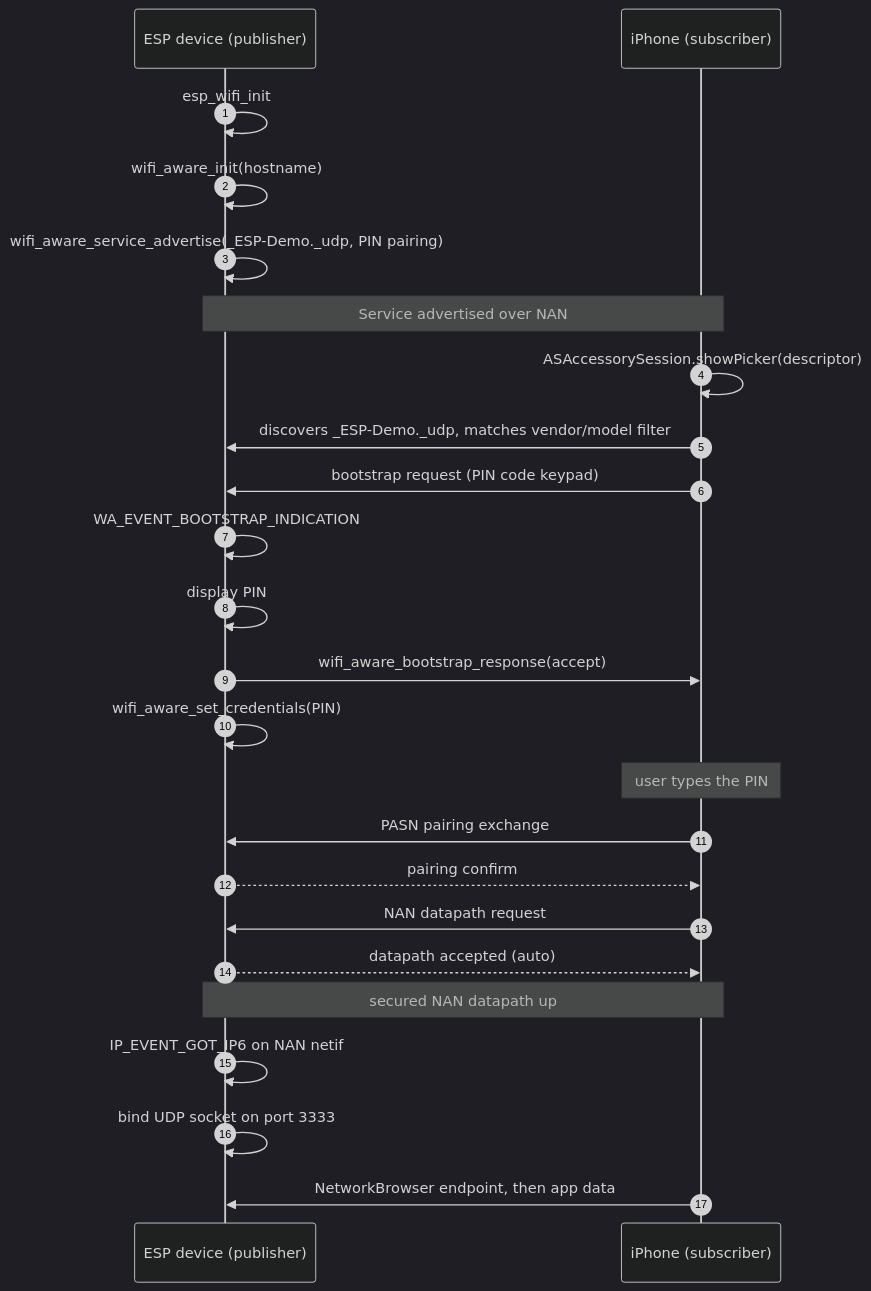
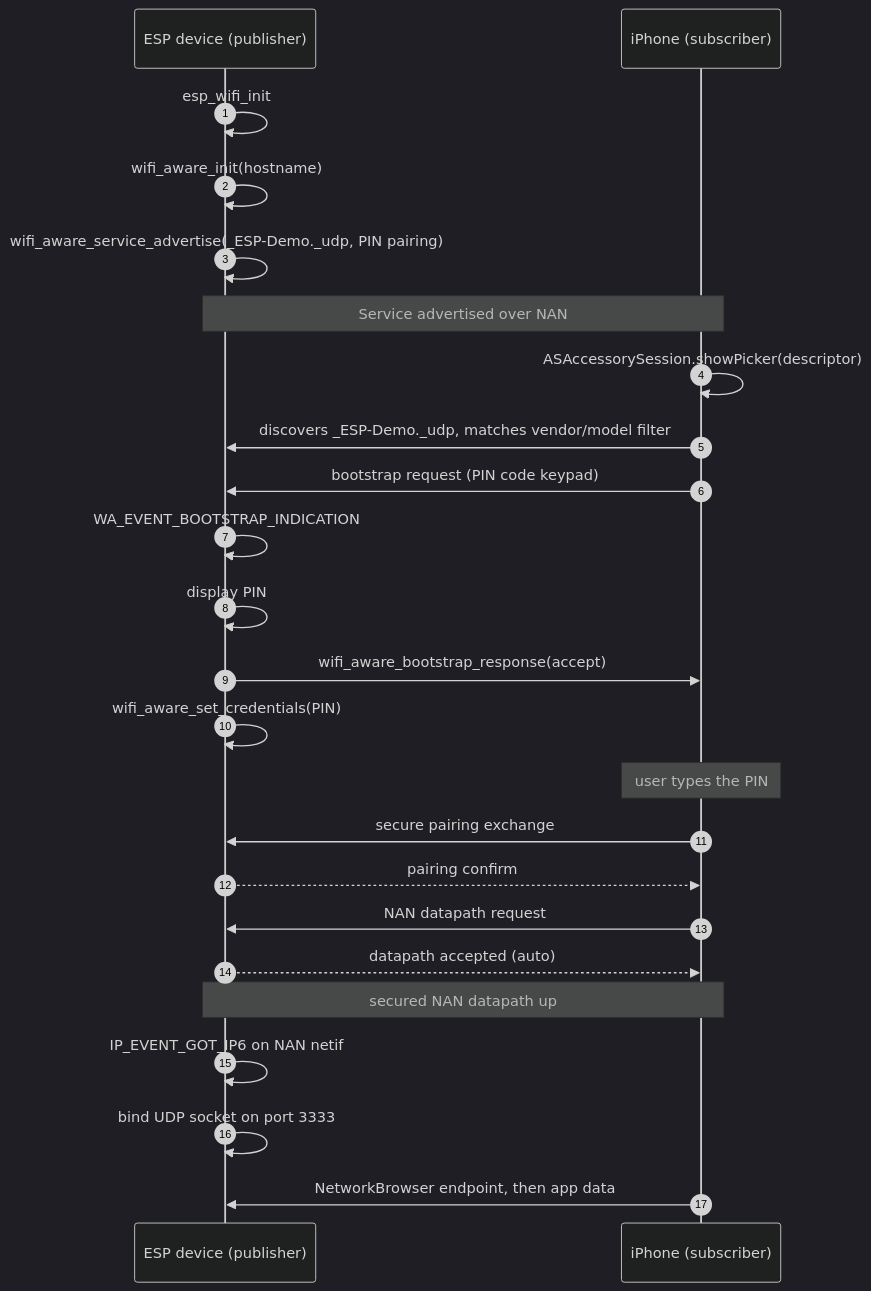
One commit to espressif/developer-portal changed the diagram in content/blog/2026/08/wifi-aware-esp-to-iphone/index.md. Above: the diagram before and after it, drawn with Mermaid (dark theme). The commit also changed other lines of this file and 2 other files, not shown here.

````diff
--- a/content/blog/2026/08/wifi-aware-esp-to-iphone/index.md
+++ b/content/blog/2026/08/wifi-aware-esp-to-iphone/index.md
@@ -173,32 +175,32 @@
 ```mermaid
 sequenceDiagram
     autonumber
     participant E as ESP device (publisher)
     participant P as iPhone (subscriber)
 
     E->>E: esp_wifi_init
     E->>E: wifi_aware_init(hostname)
     E->>E: wifi_aware_service_advertise(_ESP-Demo._udp, PIN pairing)
     Note over E,P: Service advertised over NAN
 
     P->>P: ASAccessorySession.showPicker(descriptor)
     P->>E: discovers _ESP-Demo._udp, matches vendor/model filter
     P->>E: bootstrap request (PIN code keypad)
 
     E->>E: WA_EVENT_BOOTSTRAP_INDICATION
     E->>E: display PIN
     E->>P: wifi_aware_bootstrap_response(accept)
     E->>E: wifi_aware_set_credentials(PIN)
 
     Note over P: user types the PIN
-    P->>E: PASN pairing exchange
+    P->>E: secure pairing exchange
     E-->>P: pairing confirm
 
     P->>E: NAN datapath request
     E-->>P: datapath accepted (auto)
     Note over E,P: secured NAN datapath up
 
     E->>E: IP_EVENT_GOT_IP6 on NAN netif
     E->>E: bind UDP socket on port 3333
     P->>E: NetworkBrowser endpoint, then app data
 ```
````
